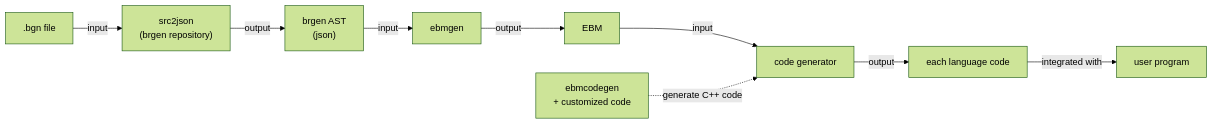
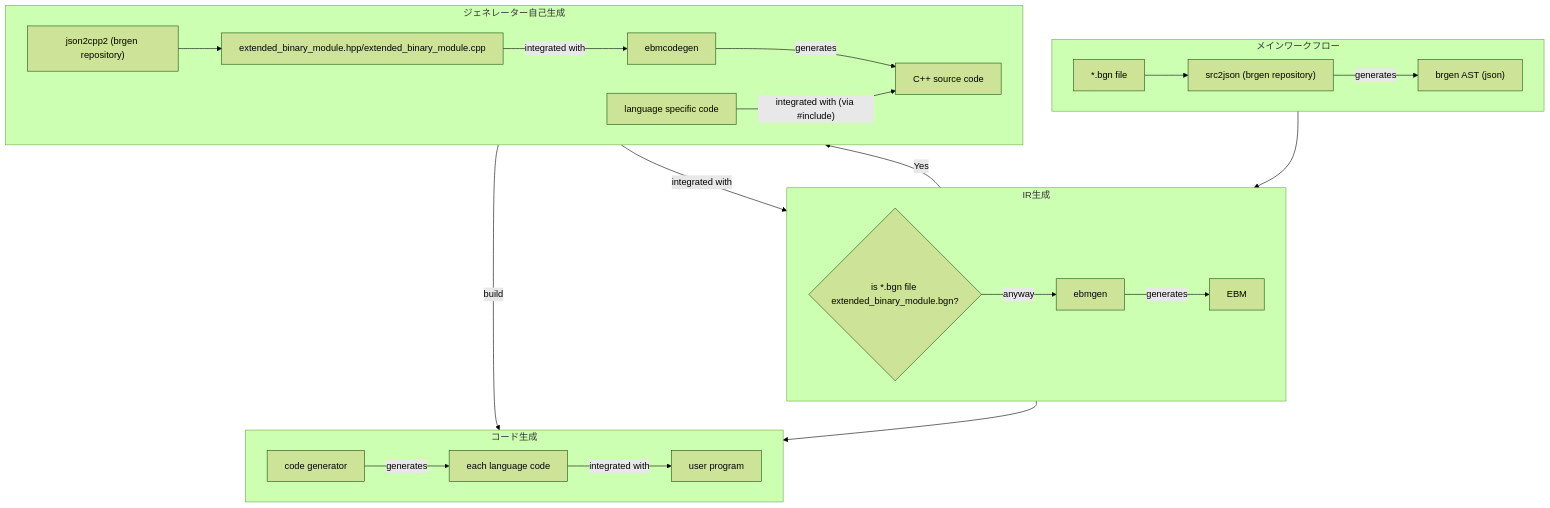
The diagram in src/ebmgen/GEMINI.md (on-keyday/rebrgen), drawn with Mermaid (forest theme) before and after one commit. The commit also changed other lines of this file and 8 other files, not shown here.

Commit message:
Refactor build process and update README for language addition; remove deprecated run.bat and add new scripts

````diff
--- a/src/ebmgen/GEMINI.md
+++ b/src/ebmgen/GEMINI.md
@@ -31,17 +31,35 @@
 ```mermaid
-flowchart LR
+graph TD
+    subgraph メインワークフロー
+        direction LR
+        A["*.bgn file"] --> B["src2json (brgen repository)"]
+        B -- "generates" --> C["brgen AST (json)"]
+    end
 
+    subgraph IR生成
+        direction LR
+        C --> D{"is *.bgn file extended_binary_module.bgn?"}
+        D -- anyway --> E["ebmgen"]
+        E -- "generates" --> F["EBM"]
+    end
 
-    bgn[".bgn file"]
-    src2json["src2json<br/>(brgen repository)"]
-    ast["brgen AST<br/>(json)"]
-    ebmgen["ebmgen"]
-    ebm["EBM"]
-    codegen["code generator"]
-    lang["each language code"]
-    user["user program"]
-    ebmcodegen["ebmcodegen<br/>+ customized code"]
+    subgraph コード生成
+        direction LR
+        F --> G["code generator"]
+        G -- "generates" --> H["each language code"]
+        H -- "integrated with" --> I["user program"]
+    end
 
-    bgn -->|input| src2json -->|output| ast -->|input| ebmgen -->|output| ebm -->|input| codegen -->|output| lang -->|integrated with| user
-    ebmcodegen -.->|generate C++ code| codegen
+    subgraph ジェネレーター自己生成
+        direction LR
+        D -- "Yes" --> J["json2cpp2 (brgen repository)"]
+        J --> K["extended_binary_module.hpp/extended_binary_module.cpp"]
+        K -- "integrated with" --> L["ebmcodegen"]
+        L -- "generates" --> M["C++ source code"]
+        N["language specific code"] -- "integrated with (via #include)" --> M
+    end
+
+    %% ワークフローの接続
+    M -- "build" --> G
+    K -- "integrated with" --> E
 ```
````
